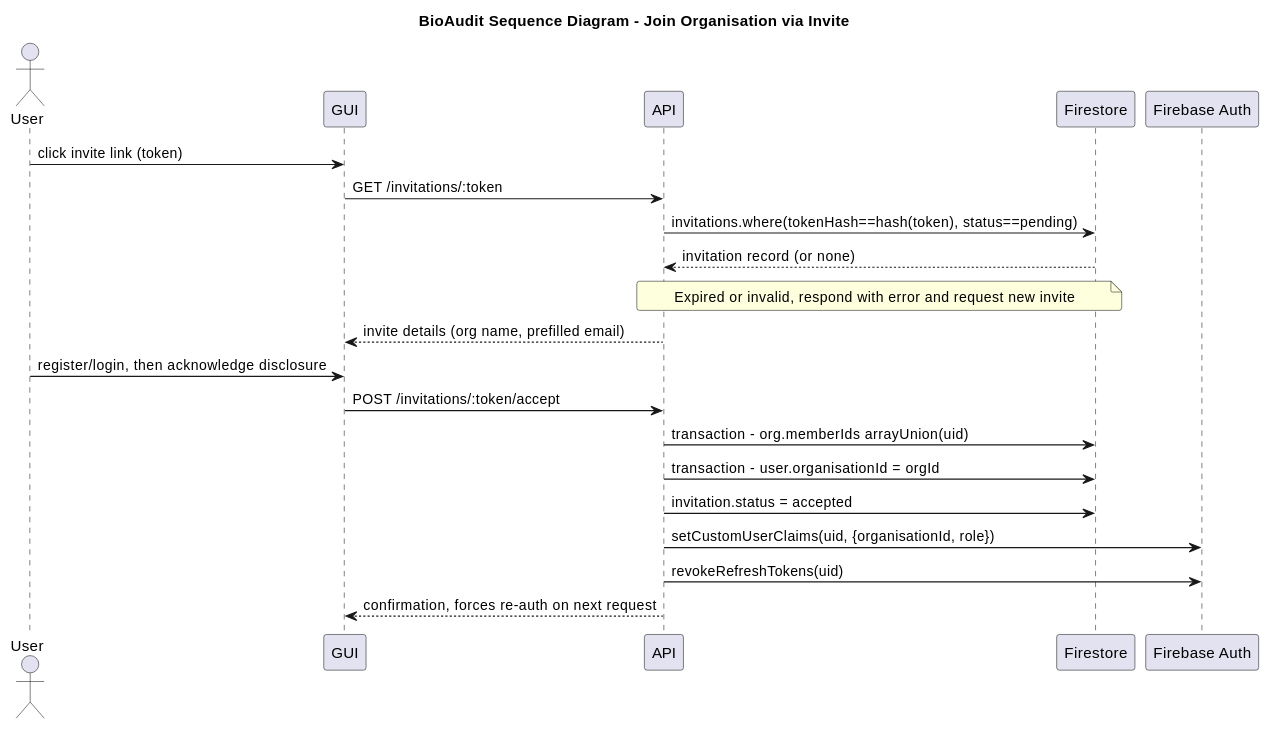
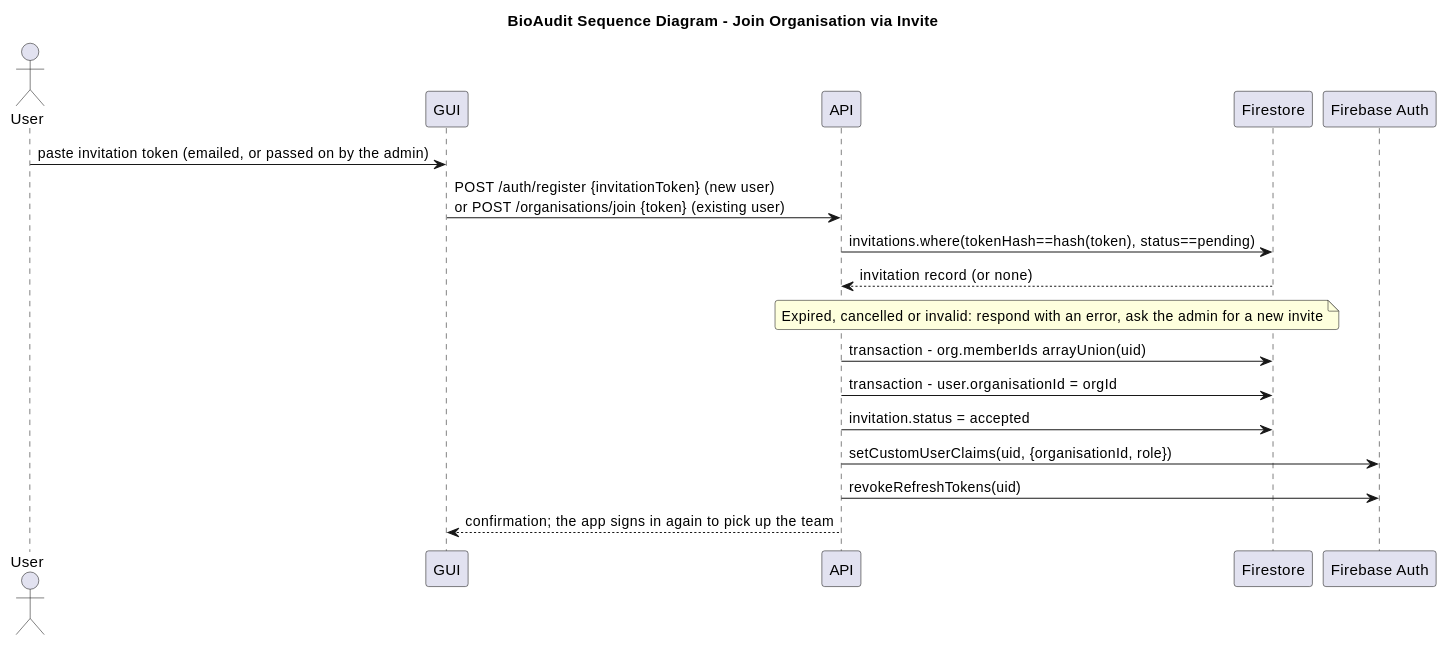
One commit to FYP-UOW-2026/Final_Year_Project changed the fifth of 7 diagrams in backend/docs/TDM-sequence-diagrams-plantuml.md. Above: the diagram before and after it, drawn with PlantUML. The commit also changed other lines of this file and 9 other files, not shown here.

````diff
--- a/backend/docs/TDM-sequence-diagrams-plantuml.md
+++ b/backend/docs/TDM-sequence-diagrams-plantuml.md
@@ -182,37 +183,34 @@
 ```plantuml
 @startuml
 title BioAudit Sequence Diagram - Join Organisation via Invite
 
 skinparam roundCorner 5
 skinparam ParticipantBorderColor #181818
 skinparam ParticipantBorderThickness 0.5
 skinparam ParticipantFontColor #000000
 skinparam ParticipantFontSize 14
 skinparam ActorBorderColor #181818
 skinparam ActorFontColor #000000
 skinparam ActorFontSize 14
 skinparam SequenceLifeLineBorderColor #181818
 skinparam SequenceLifeLineBorderThickness 0.5
 
 actor User
 participant GUI
 participant API
 participant Firestore
 participant "Firebase Auth" as FBA
 
-User -> GUI: click invite link (token)
-GUI -> API: GET /invitations/:token
+User -> GUI: paste invitation token (emailed, or passed on by the admin)
+GUI -> API: POST /auth/register {invitationToken} (new user)\nor POST /organisations/join {token} (existing user)
 API -> Firestore: invitations.where(tokenHash==hash(token), status==pending)
 Firestore --> API: invitation record (or none)
-note over API, Firestore: Expired or invalid, respond with error and request new invite
-API --> GUI: invite details (org name, prefilled email)
-User -> GUI: register/login, then acknowledge disclosure
-GUI -> API: POST /invitations/:token/accept
+note over API, Firestore: Expired, cancelled or invalid: respond with an error, ask the admin for a new invite
 API -> Firestore: transaction - org.memberIds arrayUnion(uid)
 API -> Firestore: transaction - user.organisationId = orgId
 API -> Firestore: invitation.status = accepted
 API -> FBA: setCustomUserClaims(uid, {organisationId, role})
 API -> FBA: revokeRefreshTokens(uid)
-API --> GUI: confirmation, forces re-auth on next request
+API --> GUI: confirmation; the app signs in again to pick up the team
 @enduml
 ```
````
